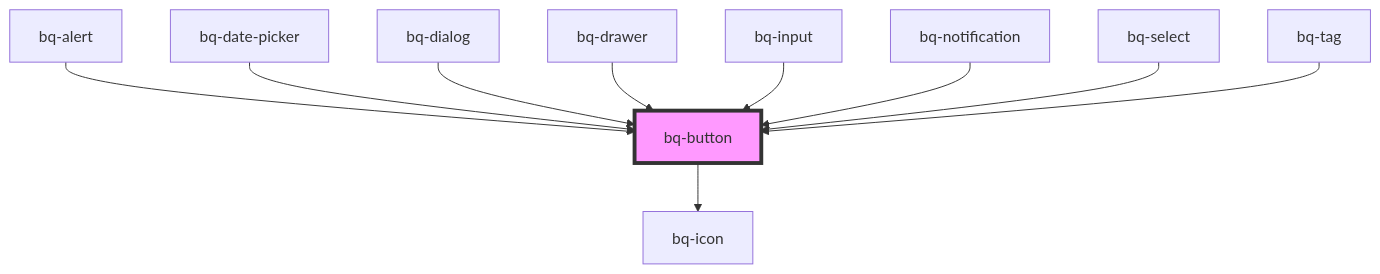
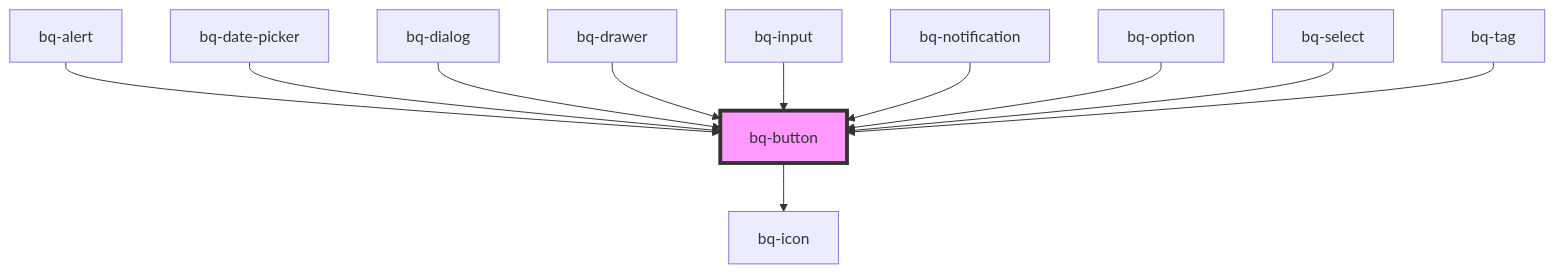
One commit to Endava/BEEQ changed the diagram in packages/beeq/src/components/button/readme.md. Above: the diagram before and after it, drawn with Mermaid. The commit also changed other lines of this file and 11 other files, not shown here.

````diff
--- a/packages/beeq/src/components/button/readme.md
+++ b/packages/beeq/src/components/button/readme.md
@@ -78,13 +79,14 @@
 ```mermaid
 graph TD;
   bq-button --> bq-icon
   bq-alert --> bq-button
   bq-date-picker --> bq-button
   bq-dialog --> bq-button
   bq-drawer --> bq-button
   bq-input --> bq-button
   bq-notification --> bq-button
+  bq-option --> bq-button
   bq-select --> bq-button
   bq-tag --> bq-button
   style bq-button fill:#f9f,stroke:#333,stroke-width:4px
 ```
````
